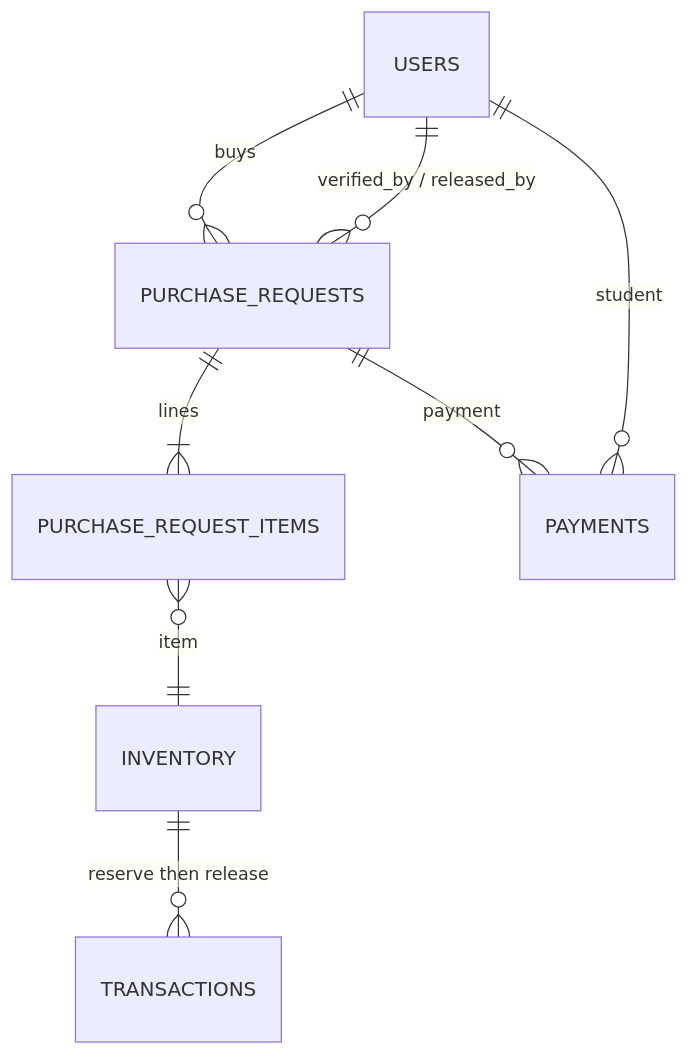
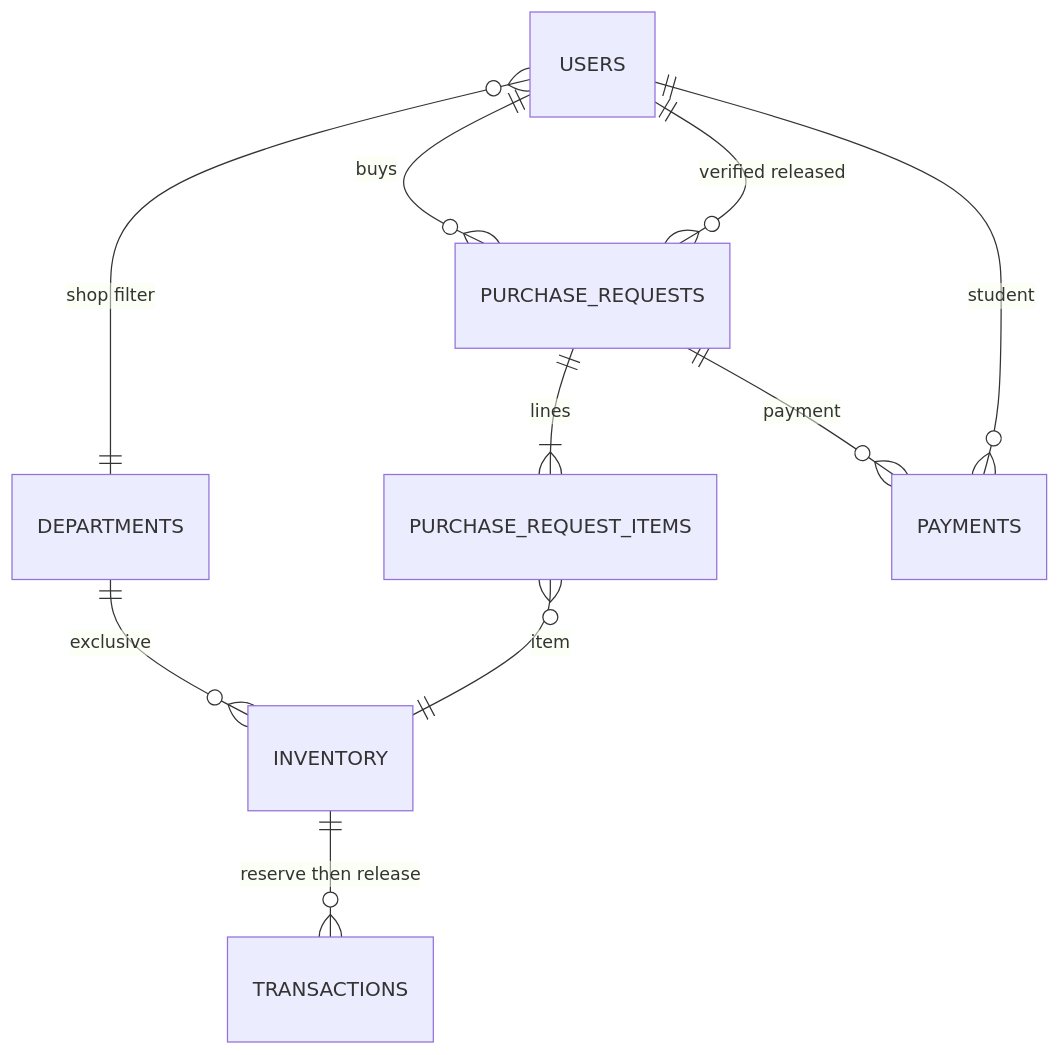
One commit to rhems95/PECIT-Smart-Inventory-System changed the third of 3 diagrams in docs/ER-DIAGRAM.md. Above: the diagram before and after it, drawn with Mermaid. The commit also changed other lines of this file and 2 other files, not shown here.

First line of the commit message:
Update the ER diagram for student shop and embed it in the README.

````diff
--- a/docs/ER-DIAGRAM.md
+++ b/docs/ER-DIAGRAM.md
@@ -257,10 +273,12 @@
 ```mermaid
 erDiagram
     USERS ||--o{ PURCHASE_REQUESTS : buys
+    USERS }o--|| DEPARTMENTS : "shop filter"
+    DEPARTMENTS ||--o{ INVENTORY : exclusive
     PURCHASE_REQUESTS ||--|{ PURCHASE_REQUEST_ITEMS : lines
     PURCHASE_REQUEST_ITEMS }o--|| INVENTORY : item
     PURCHASE_REQUESTS ||--o{ PAYMENTS : payment
     PAYMENTS }o--|| USERS : student
-    USERS ||--o{ PURCHASE_REQUESTS : "verified_by / released_by"
+    USERS ||--o{ PURCHASE_REQUESTS : "verified released"
     INVENTORY ||--o{ TRANSACTIONS : "reserve then release"
 ```
````
